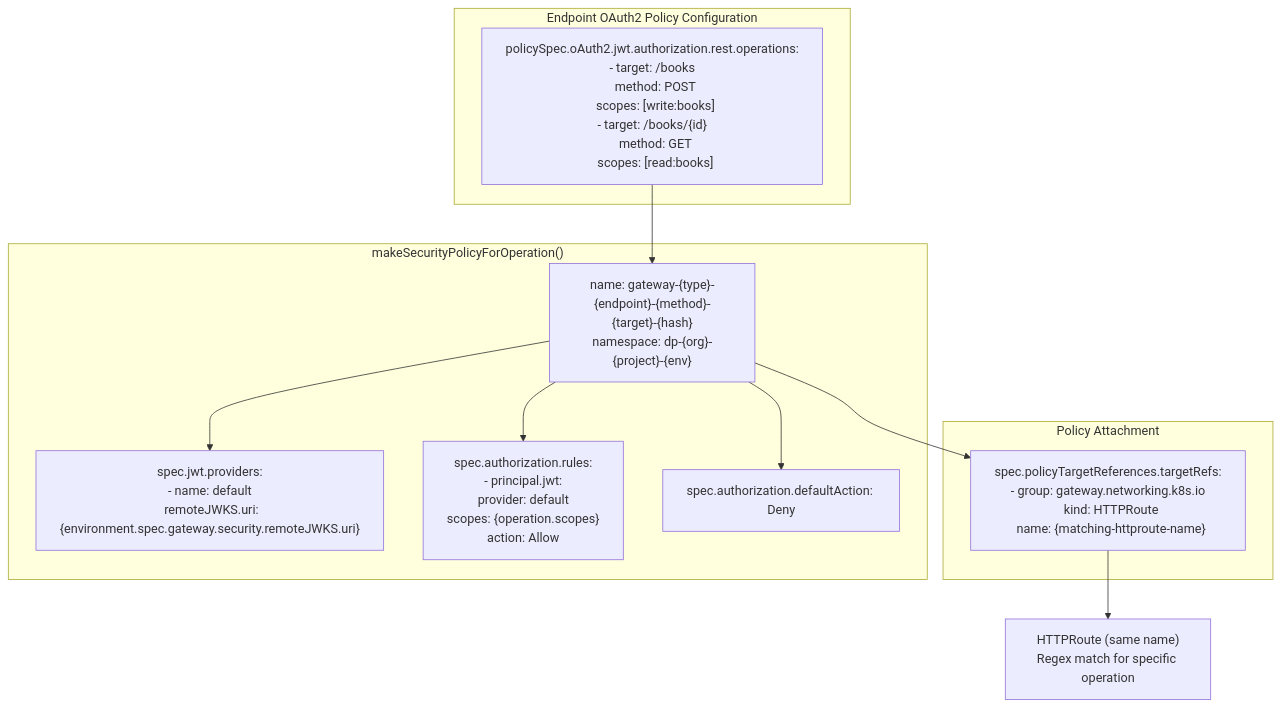
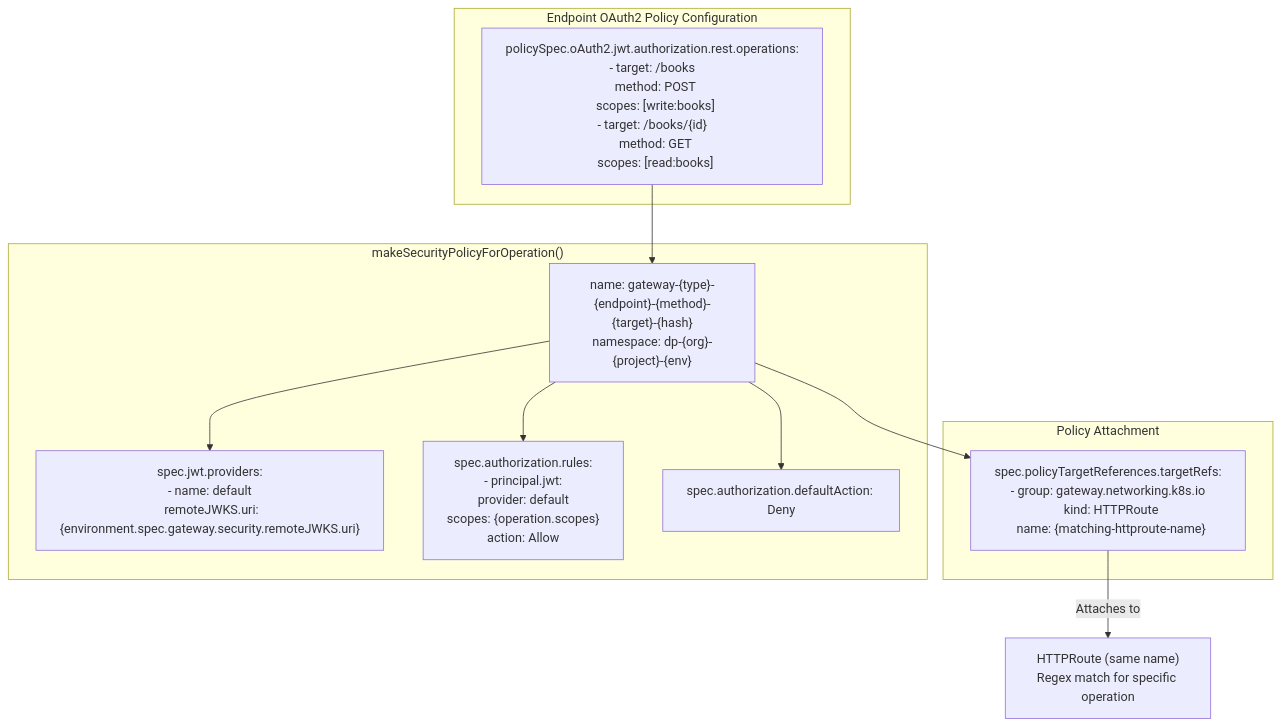
Before and after one commit to openchoreo/openchoreo: the eighth of 10 diagrams in docs/deepwiki/Cell-Runtime-Model.md, drawn with Mermaid. The commit also changed other lines of this file and 85 other files, not shown here.

Commit message:
feat: Add new workflow and specification templates, update Helm chart dependencies, and clarify documentation diagrams.

````diff
--- a/docs/deepwiki/Cell-Runtime-Model.md
+++ b/docs/deepwiki/Cell-Runtime-Model.md
@@ -432,33 +432,33 @@
 ```mermaid
 flowchart TD
 
 RestOps["policySpec.oAuth2.jwt.authorization.rest.operations:<br>- target: /books<br>  method: POST<br>  scopes: [write:books]<br>- target: /books/{id}<br>  method: GET<br>  scopes: [read:books]"]
 PolicyName["name: gateway-{type}-{endpoint}-{method}-{target}-{hash}<br>namespace: dp-{org}-{project}-{env}"]
 JWTProvider["spec.jwt.providers:<br>- name: default<br>  remoteJWKS.uri: {environment.spec.gateway.security.remoteJWKS.uri}"]
 AuthzRules["spec.authorization.rules:<br>- principal.jwt:<br>    provider: default<br>    scopes: {operation.scopes}<br>  action: Allow"]
 DefaultDeny["spec.authorization.defaultAction: Deny"]
 TargetRef["spec.policyTargetReferences.targetRefs:<br>- group: gateway.networking.k8s.io<br>  kind: HTTPRoute<br>  name: {matching-httproute-name}"]
 HTTPRoute["HTTPRoute (same name)<br>Regex match for specific operation"]
 
 RestOps --> PolicyName
 PolicyName --> TargetRef
-TargetRef --> HTTPRoute
+TargetRef -->|"Attaches to"| HTTPRoute
 
 subgraph TargetAttachment ["Policy Attachment"]
     TargetRef
 end
 
 subgraph SecurityPolicyGen ["makeSecurityPolicyForOperation()"]
     PolicyName
     JWTProvider
     AuthzRules
     DefaultDeny
     PolicyName --> JWTProvider
     PolicyName --> AuthzRules
     PolicyName --> DefaultDeny
 end
 
 subgraph EndpointPolicy ["Endpoint OAuth2 Policy Configuration"]
     RestOps
 end
 ```
````
